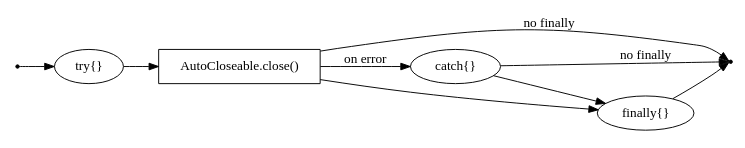
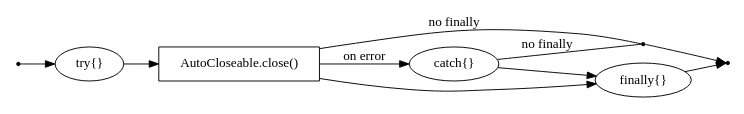
One commit to tquadrat/documents changed the diagram in src/trywithresources.gv. Above: the diagram before and after it, drawn with Graphviz. The commit also changed 5 other files, not shown here.

```diff
--- a/src/trywithresources.gv
+++ b/src/trywithresources.gv
@@ -1,18 +1,21 @@
 digraph {
   size="6,11"
   rankdir="LR"
 
   start   [shape=point]
   end     [shape=point]
+  x1      [shape=point]
+  
 
   try     [label="try{}"]
   close   [label="AutoCloseable.close()",shape=box]
   catch   [label="catch{}"]
   finally [label="finally{}"]
   
   start -> try -> close
   close -> catch [label="on error"] 
   catch -> finally -> end
   close -> finally
-  {close, catch} -> end [label="no finally"]
+  {close, catch} -> x1 [label="no finally",arrowhead=none]
+  x1 -> end
 }
```
